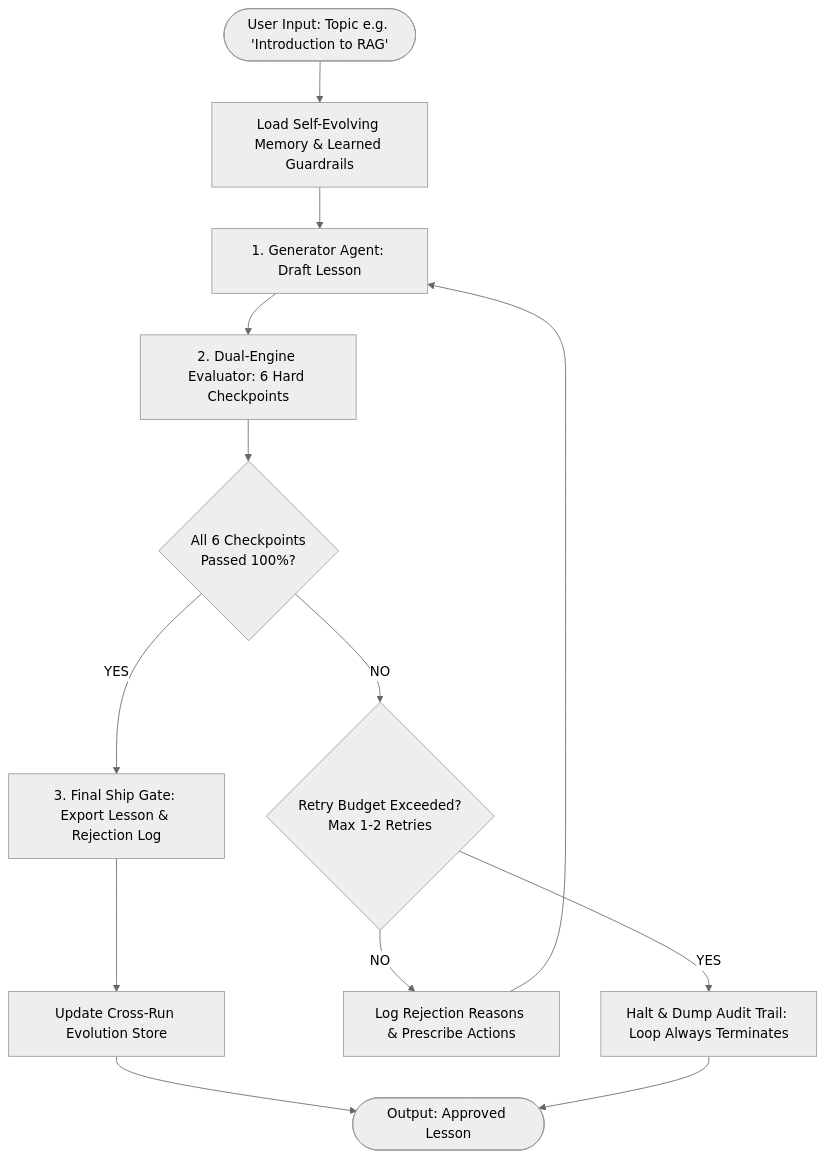
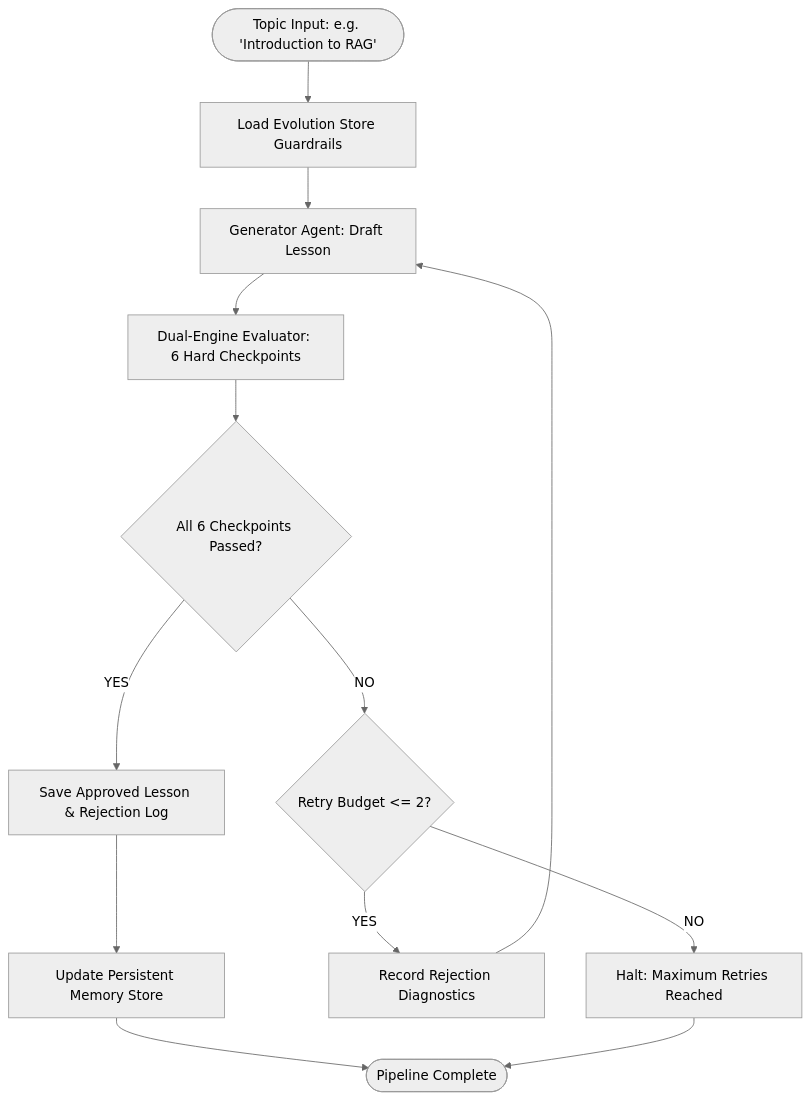
One commit to AdlaVijwal/Evalution changed the diagram in README.md. Above: the diagram before and after it, drawn with Mermaid (neutral theme). The commit also changed other lines of this file and 6 other files, not shown here.

````diff
--- a/README.md
+++ b/README.md
@@ -26,20 +26,20 @@
 ```mermaid
 flowchart TD
-    Start([User Input: Topic e.g. 'Introduction to RAG']) --> MemoryLoad[Load Self-Evolving Memory & Learned Guardrails]
-    MemoryLoad --> GenNode[1. Generator Agent: Draft Lesson]
-    GenNode --> EvalNode[2. Dual-Engine Evaluator: 6 Hard Checkpoints]
+    Start([Topic Input: e.g. 'Introduction to RAG']) --> LoadMemory[Load Evolution Store Guardrails]
+    LoadMemory --> Generator[Generator Agent: Draft Lesson]
+    Generator --> Evaluator[Dual-Engine Evaluator: 6 Hard Checkpoints]
     
-    EvalNode --> Decision{All 6 Checkpoints<br/>Passed 100%?}
+    Evaluator --> Decision{All 6 Checkpoints Passed?}
     
-    Decision -- YES --> Finalize[3. Final Ship Gate: Export Lesson & Rejection Log]
-    Finalize --> UpdateMemory[Update Cross-Run Evolution Store]
-    UpdateMemory --> EndNode([Output: Approved Lesson])
+    Decision -- YES --> Finalize[Save Approved Lesson & Rejection Log]
+    Finalize --> UpdateMemory[Update Persistent Memory Store]
+    UpdateMemory --> EndNode([Pipeline Complete])
     
-    Decision -- NO --> RetryCheck{Retry Budget Exceeded?<br/>Max 1-2 Retries}
+    Decision -- NO --> RetryCheck{Retry Budget <= 2?}
     
-    RetryCheck -- NO --> RejectionLog[Log Rejection Reasons & Prescribe Actions]
-    RejectionLog --> GenNode
+    RetryCheck -- YES --> LogRejection[Record Rejection Diagnostics]
+    LogRejection --> Generator
     
-    RetryCheck -- YES --> Halt[Halt & Dump Audit Trail: Loop Always Terminates]
-    Halt --> EndNode
+    RetryCheck -- NO --> Terminate[Halt: Maximum Retries Reached]
+    Terminate --> EndNode
 ```
````
